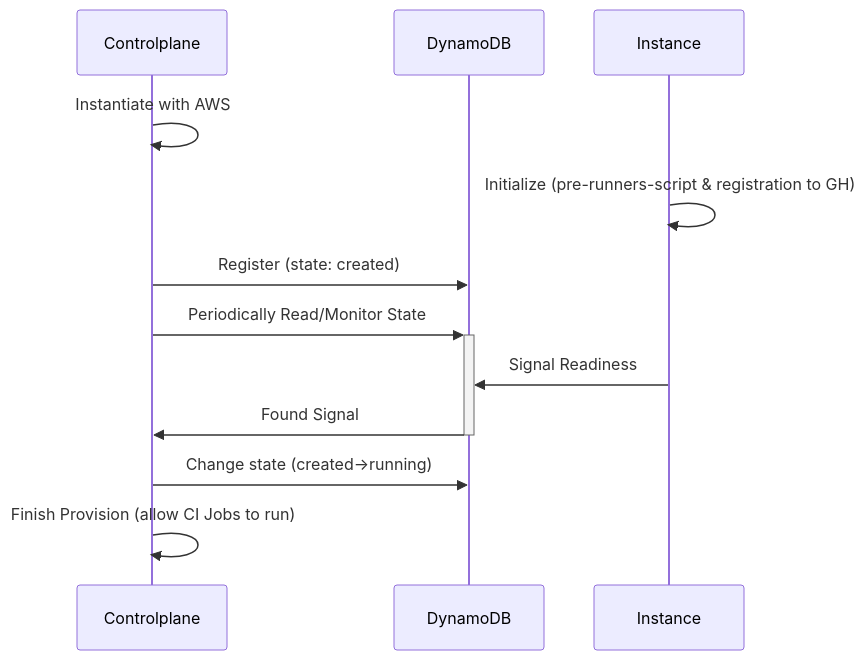
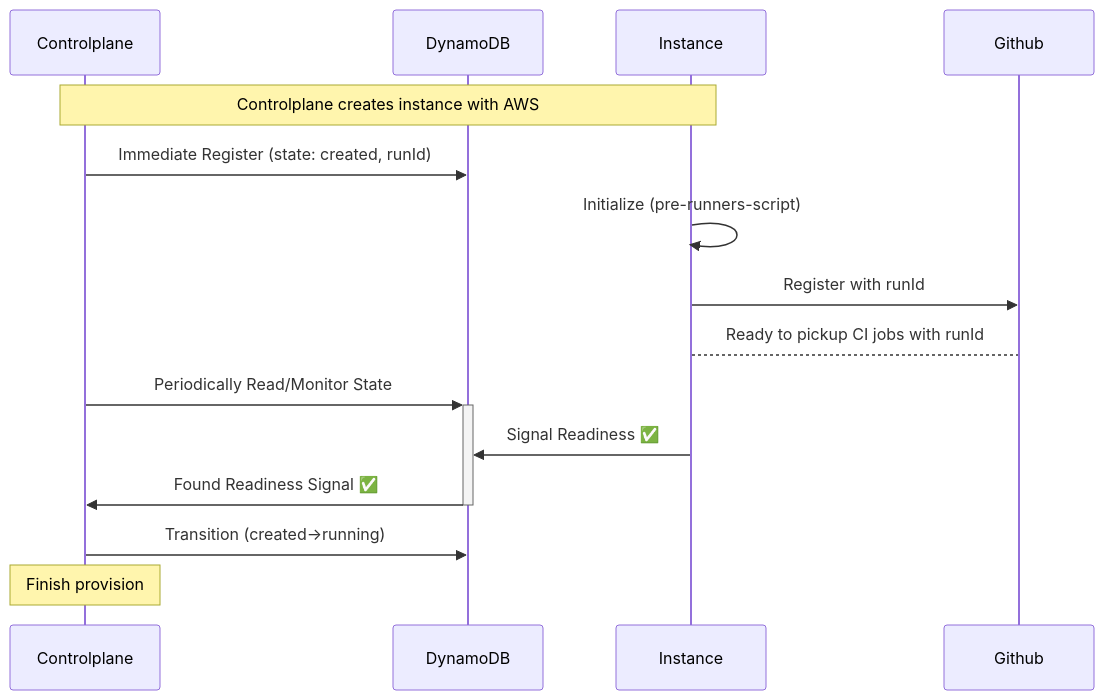
One commit to fleet-actions/ec2-runner-pool-manager changed the second of 5 diagrams in docs/architecture/overview.md. Above: the diagram before and after it, drawn with Mermaid. The commit also changed other lines of this file and 1 other file, not shown here.

Commit message:
docs: refine architecture overview and provision docs

````diff
--- a/docs/architecture/overview.md
+++ b/docs/architecture/overview.md
@@ -132,16 +130,20 @@
     ```mermaid
     sequenceDiagram
         participant Controlplane
         participant DynamoDB
         participant Instance
+        participant Github
 
-        Controlplane->>Controlplane: Instantiate with AWS
-        Instance->>Instance: Initialize (pre-runners-script & registration to GH)
-        Controlplane->>DynamoDB: Register (state: created) 
+        Note over Controlplane, Instance: Controlplane creates instance with AWS
+        Controlplane->>DynamoDB: Immediate Register (state: created, runId)
+        Instance->>Instance: Initialize (pre-runners-script)
+        Instance->>Github: Register with runId
+        Instance-->Github: Ready to pickup CI jobs with runId
+        
         Controlplane->>+DynamoDB: Periodically Read/Monitor State
-        Instance->>DynamoDB: Signal Readiness
-        DynamoDB->>-Controlplane: Found Signal
+        Instance->>DynamoDB: Signal Readiness ✅
+        DynamoDB->>-Controlplane: Found Readiness Signal ✅ 
 
-        Controlplane->>DynamoDB: Change state (created->running)
-        Controlplane->>Controlplane: Finish Provision (allow CI Jobs to run) 
+        Controlplane->>DynamoDB: Transition (created->running)
+        Note over Controlplane: Finish provision
     ```
````
